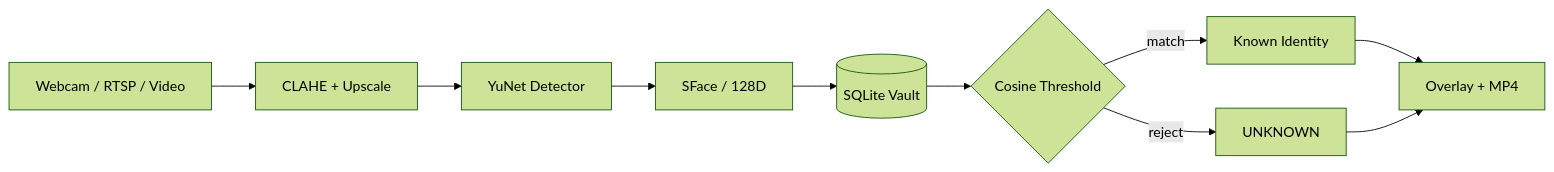
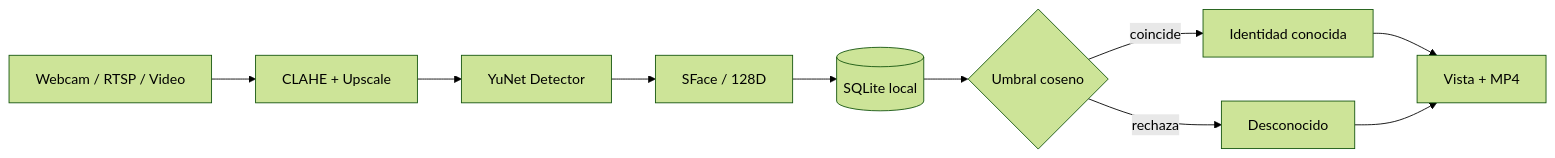
One commit to alejondr3/Faceguard changed the diagram in README.md. Above: the diagram before and after it, drawn with Mermaid (forest theme). The commit also changed other lines of this file and 3 other files, not shown here.

````diff
--- a/README.md
+++ b/README.md
@@ -235,12 +223,12 @@
 ```mermaid
 flowchart LR
     A[Webcam / RTSP / Video] --> B[CLAHE + Upscale]
     B --> C[YuNet Detector]
     C --> D[SFace / 128D]
-    D --> E[(SQLite Vault)]
-    E --> F{Cosine Threshold}
-    F -->|match| G[Known Identity]
-    F -->|reject| H[UNKNOWN]
-    G --> I[Overlay + MP4]
+    D --> E[(SQLite local)]
+    E --> F{Umbral coseno}
+    F -->|coincide| G[Identidad conocida]
+    F -->|rechaza| H[Desconocido]
+    G --> I[Vista + MP4]
     H --> I
 ```
````
